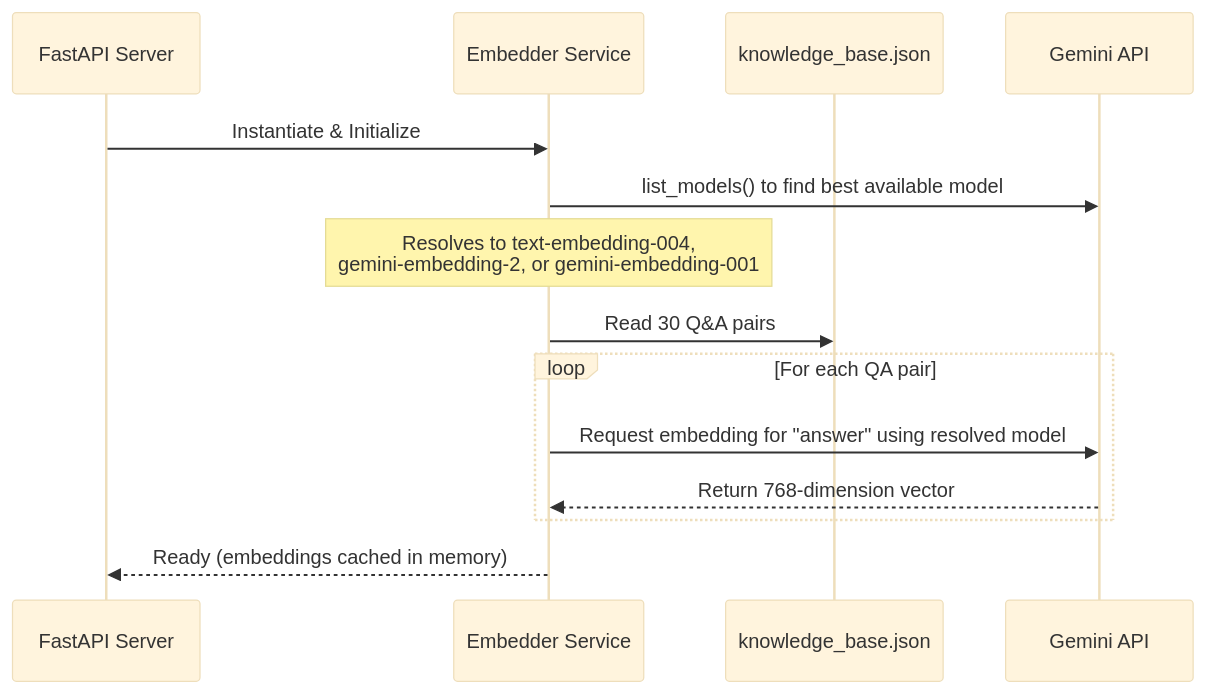
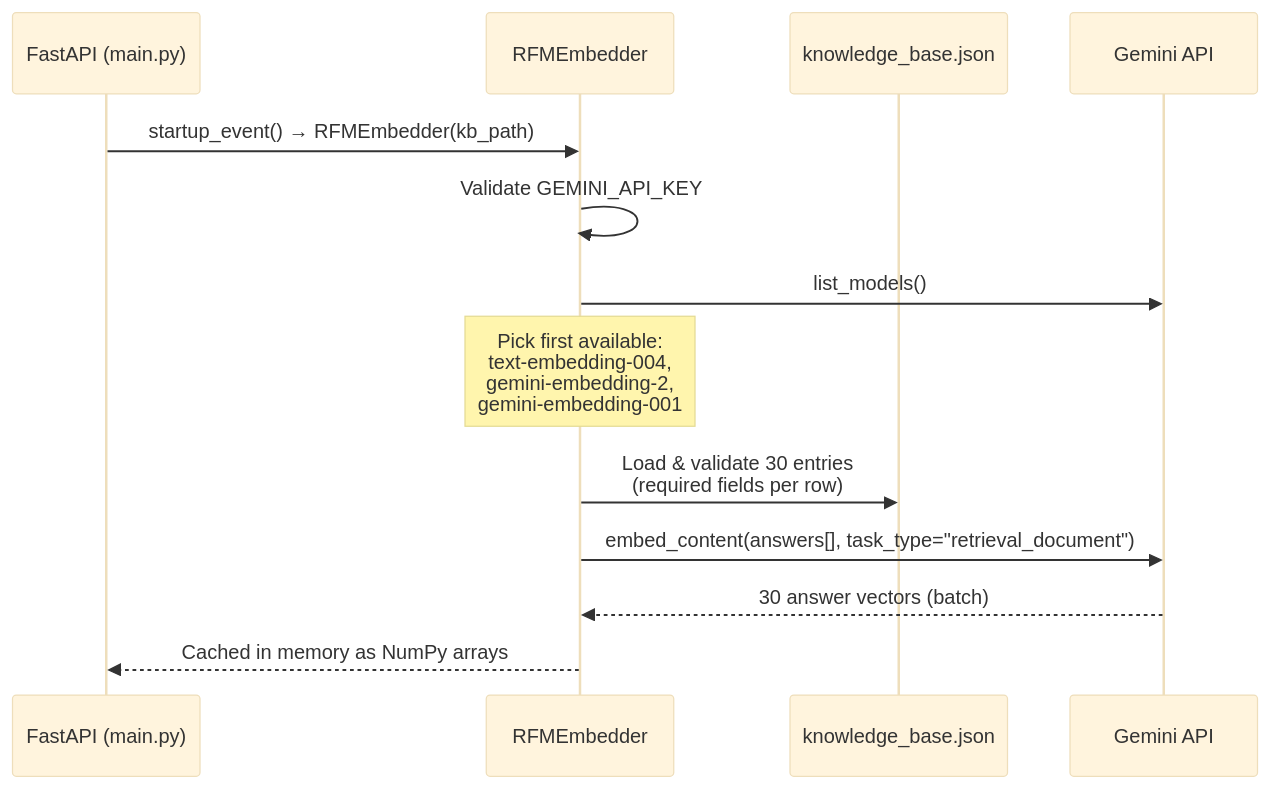
The third of 4 diagrams in docs/architecture.md (sunidhi-mishra/PeopleOS_RFP_Response_Assistant), drawn with Mermaid (base theme) before and after one commit. The commit also changed other lines of this file and 2 other files, not shown here.

````diff
--- a/docs/architecture.md
+++ b/docs/architecture.md
@@ -46,17 +183,16 @@
 ```mermaid
 sequenceDiagram
-    participant App as FastAPI Server
-    participant Embedder as Embedder Service
+    participant App as FastAPI (main.py)
+    participant Emb as RFMEmbedder
     participant KB as knowledge_base.json
     participant Gemini as Gemini API
 
-    App->>Embedder: Instantiate & Initialize
-    Embedder->>Gemini: list_models() to find best available model
-    Note over Embedder: Resolves to text-embedding-004,<br/>gemini-embedding-2, or gemini-embedding-001
-    Embedder->>KB: Read 30 Q&A pairs
-    loop For each QA pair
-        Embedder->>Gemini: Request embedding for "answer" using resolved model
-        Gemini-->>Embedder: Return 768-dimension vector
-    end
-    Embedder-->>App: Ready (embeddings cached in memory)
+    App->>Emb: startup_event() → RFMEmbedder(kb_path)
+    Emb->>Emb: Validate GEMINI_API_KEY
+    Emb->>Gemini: list_models()
+    Note over Emb: Pick first available:<br/>text-embedding-004,<br/>gemini-embedding-2,<br/>gemini-embedding-001
+    Emb->>KB: Load & validate 30 entries<br/>(required fields per row)
+    Emb->>Gemini: embed_content(answers[], task_type="retrieval_document")
+    Gemini-->>Emb: 30 answer vectors (batch)
+    Emb-->>App: Cached in memory as NumPy arrays
 ```
````
